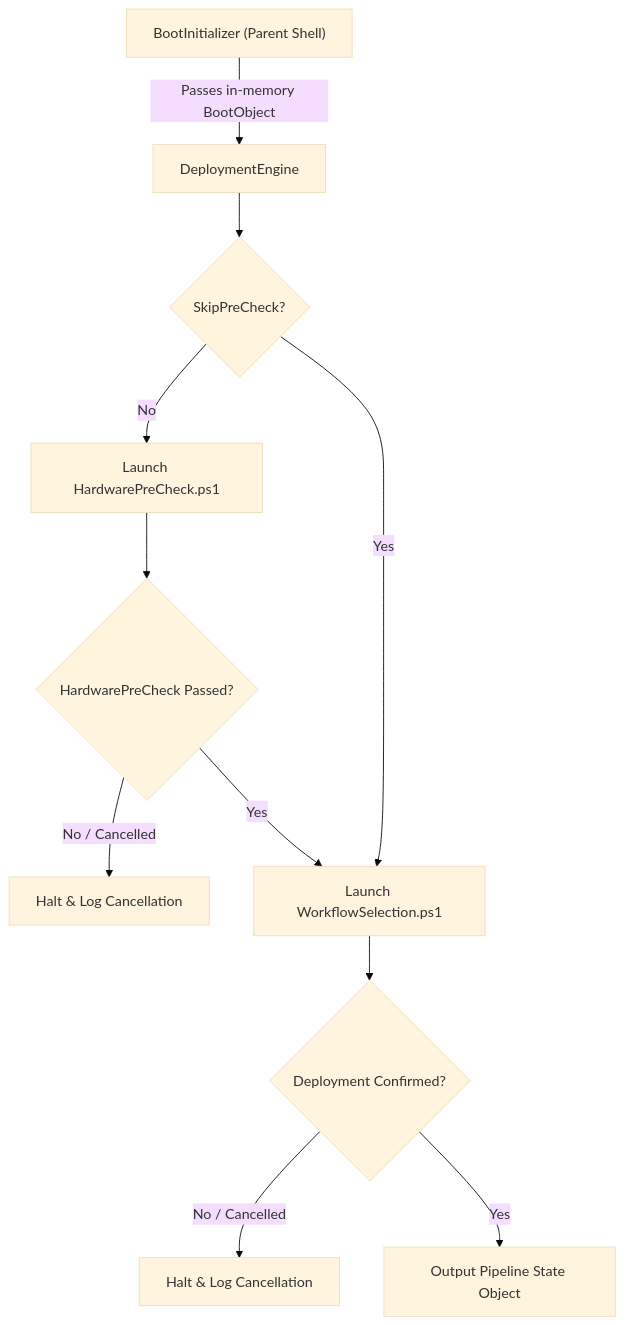
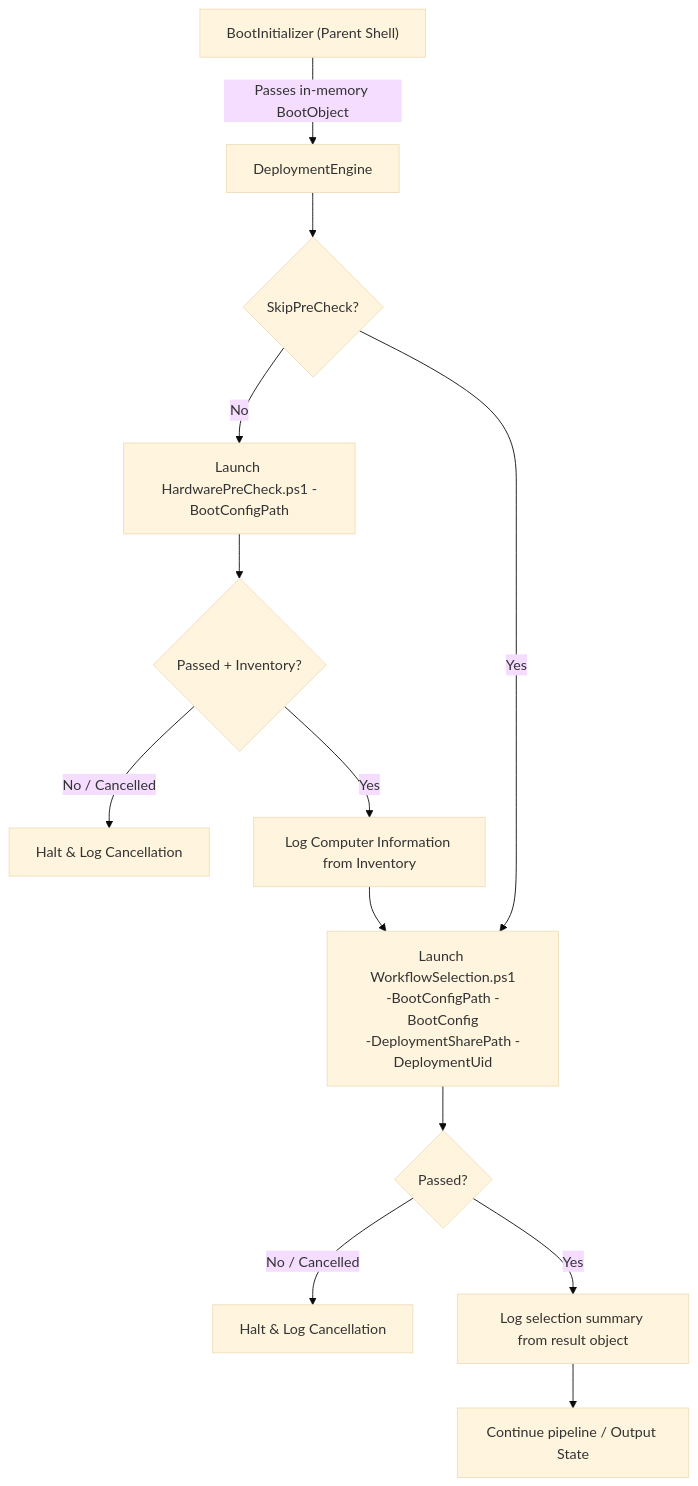
Before and after one commit to cmartinezone/LiteDeploy-Core: the diagram in Engine/Scripts/Runtime/020-DeploymentEngine/README.md, drawn with Mermaid (base theme). The commit also changed other lines of this file and 37 other files, not shown here.

````diff
--- a/Engine/Scripts/Runtime/020-DeploymentEngine/README.md
+++ b/Engine/Scripts/Runtime/020-DeploymentEngine/README.md
@@ -54,13 +55,15 @@
 ```mermaid
 flowchart TD
     A["BootInitializer (Parent Shell)"] -->|"Passes in-memory BootObject"| B["DeploymentEngine"]
     B --> C{"SkipPreCheck?"}
-    C -- No --> D["Launch HardwarePreCheck.ps1"]
-    D --> E{"HardwarePreCheck Passed?"}
+    C -- No --> D["Launch HardwarePreCheck.ps1 -BootConfigPath"]
+    D --> E{"Passed + Inventory?"}
     E -- No / Cancelled --> F["Halt & Log Cancellation"]
-    E -- Yes --> G["Launch WorkflowSelection.ps1"]
+    E -- Yes --> InvLog["Log Computer Information from Inventory"]
+    InvLog --> G["Launch WorkflowSelection.ps1<br/>-BootConfigPath -BootConfig<br/>-DeploymentSharePath -DeploymentUid"]
     C -- Yes --> G
-    G --> H{"Deployment Confirmed?"}
+    G --> H{"Passed?"}
     H -- No / Cancelled --> I["Halt & Log Cancellation"]
-    H -- Yes --> J["Output Pipeline State Object"]
+    H -- Yes --> Sum["Log selection summary from result object"]
+    Sum --> J["Continue pipeline / Output State"]
 ```
````
